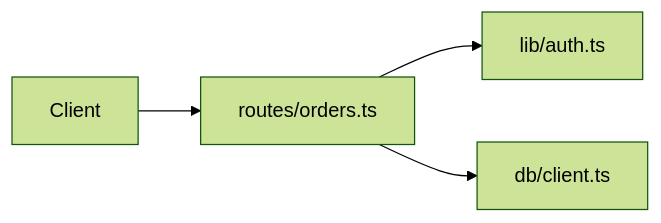
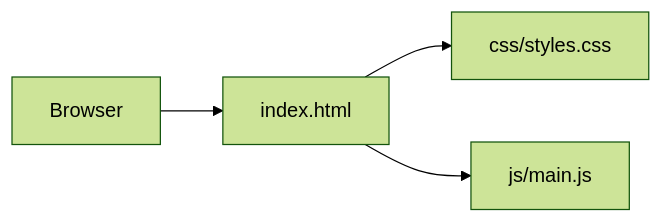
One commit to jdserenity/gdpwr-landing changed the diagram in scaffold/CODEMAP-HUMAN.md. Above: the diagram before and after it, drawn with Mermaid (forest theme). The commit also changed other lines of this file and 2 other files, not shown here.

````diff
--- a/scaffold/CODEMAP-HUMAN.md
+++ b/scaffold/CODEMAP-HUMAN.md
@@ -33,6 +29,6 @@
 ```mermaid
 flowchart LR
-  Client --> routes/orders.ts
-  routes/orders.ts --> lib/auth.ts
-  routes/orders.ts --> db/client.ts
+  Browser --> index.html
+  index.html --> stylesCss[css/styles.css]
+  index.html --> mainJs[js/main.js]
 ```
````
